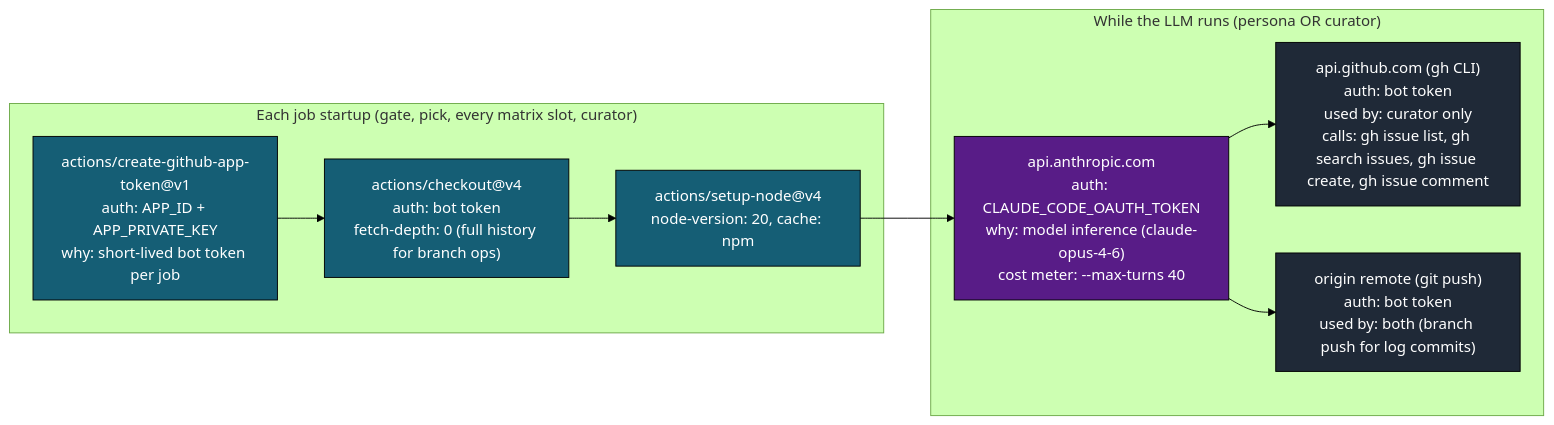
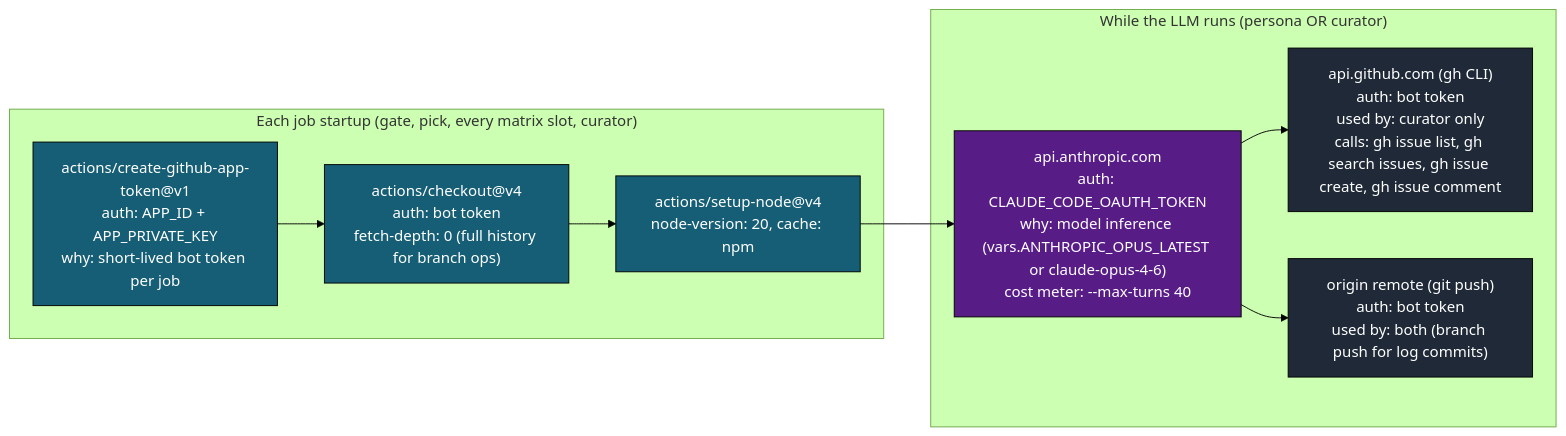
Before and after one commit to gregreindel/llm-exe: the eighth of 12 diagrams in .github/docs/PERSONAS_RUN_DEEP_DIVE.md, drawn with Mermaid (forest theme). The commit also changed other lines of this file and 7 other files, not shown here.

````diff
--- a/.github/docs/PERSONAS_RUN_DEEP_DIVE.md
+++ b/.github/docs/PERSONAS_RUN_DEEP_DIVE.md
@@ -482,24 +482,24 @@
 ```mermaid
 flowchart LR
     classDef pre fill:#155e75,color:#fff,stroke:#000
     classDef llm fill:#581c87,color:#fff,stroke:#000
     classDef gh fill:#1f2937,color:#fff,stroke:#000
 
     subgraph Pre["Each job startup (gate, pick, every matrix slot, curator)"]
         c1["actions/create-github-app-token@v1\nauth: APP_ID + APP_PRIVATE_KEY\nwhy: short-lived bot token per job"]:::pre
         c2["actions/checkout@v4\nauth: bot token\nfetch-depth: 0 (full history for branch ops)"]:::pre
         c3["actions/setup-node@v4\nnode-version: 20, cache: npm"]:::pre
     end
 
     subgraph During["While the LLM runs (persona OR curator)"]
-        d1["api.anthropic.com\nauth: CLAUDE_CODE_OAUTH_TOKEN\nwhy: model inference (claude-opus-4-6)\ncost meter: --max-turns 40"]:::llm
+        d1["api.anthropic.com\nauth: CLAUDE_CODE_OAUTH_TOKEN\nwhy: model inference (vars.ANTHROPIC_OPUS_LATEST or claude-opus-4-6)\ncost meter: --max-turns 40"]:::llm
         d2["api.github.com (gh CLI)\nauth: bot token\nused by: curator only\ncalls: gh issue list, gh search issues, gh issue create, gh issue comment"]:::gh
         d3["origin remote (git push)\nauth: bot token\nused by: both (branch push for log commits)"]:::gh
     end
 
     c1 --> c2
     c2 --> c3
     c3 --> d1
     d1 --> d2
     d1 --> d3
 ```
````
